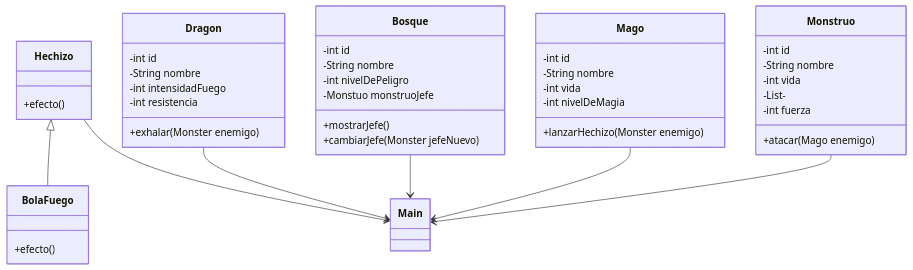
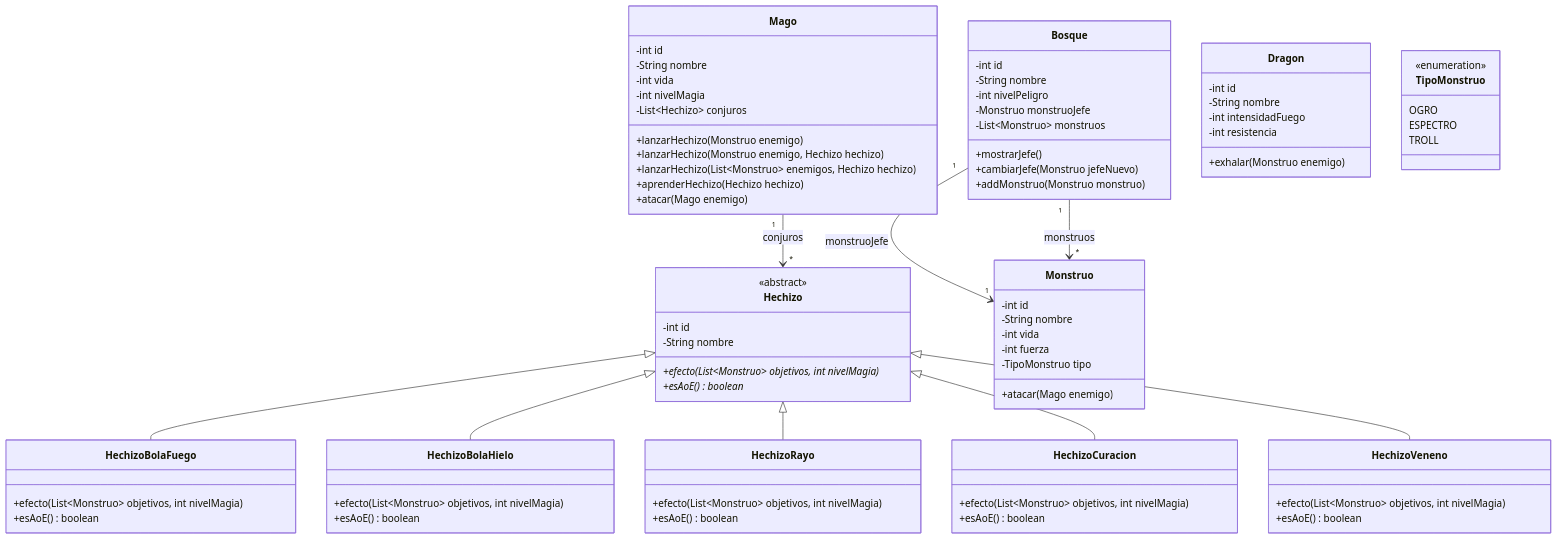
Before and after one commit to adriamPaz/drago: the first of 3 diagrams in readme.md, drawn with Mermaid. The commit also changed other lines of this file and 40 other files, not shown here.

````diff
--- a/readme.md
+++ b/readme.md
@@ -6,47 +6,84 @@
 ```mermaid
 classDiagram
-   Hechizo <|-- BolaFuego
-   Monstruo --> Main
-   Mago --> Main
-   Bosque --> Main 
-   Dragon --> Main
-   Hechizo --> Main
+   Hechizo <|-- HechizoBolaFuego
+   Hechizo <|-- HechizoBolaHielo
+   Hechizo <|-- HechizoRayo
+   Hechizo <|-- HechizoCuracion
+   Hechizo <|-- HechizoVeneno
+   
+   Mago "1" --> "*" Hechizo : conjuros
+   Bosque "1" --> "1" Monstruo : monstruoJefe
+   Bosque "1" --> "*" Monstruo : monstruos
    
     class Mago{
       -int id
       -String nombre
       -int vida
-      -int nivelDeMagia
-      +lanzarHechizo(Monster enemigo)
+      -int nivelMagia
+      -List~Hechizo~ conjuros
+      +lanzarHechizo(Monstruo enemigo)
+      +lanzarHechizo(Monstruo enemigo, Hechizo hechizo)
+      +lanzarHechizo(List~Monstruo~ enemigos, Hechizo hechizo)
+      +aprenderHechizo(Hechizo hechizo)
+      +atacar(Mago enemigo)
     }
     class Monstruo{
       -int id
       -String nombre
       -int vida
-      -List-
       -int fuerza
+      -TipoMonstruo tipo
       +atacar(Mago enemigo)
     }
     class Bosque{
       -int id
       -String nombre
-      -int nivelDePeligro
-      -Monstuo monstruoJefe
+      -int nivelPeligro
+      -Monstruo monstruoJefe
+      -List~Monstruo~ monstruos
       +mostrarJefe()
-      +cambiarJefe(Monster jefeNuevo)
+      +cambiarJefe(Monstruo jefeNuevo)
+      +addMonstruo(Monstruo monstruo)
     }
     class Dragon{
       -int id
       -String nombre
       -int intensidadFuego
       -int resistencia
-      +exhalar(Monster enemigo)
+      +exhalar(Monstruo enemigo)
     }
     class Hechizo{
-      +efecto()
+      <<abstract>>
+      -int id
+      -String nombre
+      +efecto(List~Monstruo~ objetivos, int nivelMagia)*
+      +esAoE()* boolean
     }
-    class BolaFuego{
-      +efecto()
+    class HechizoBolaFuego{
+      +efecto(List~Monstruo~ objetivos, int nivelMagia)
+      +esAoE() boolean
+    }
+    class HechizoBolaHielo{
+      +efecto(List~Monstruo~ objetivos, int nivelMagia)
+      +esAoE() boolean
+    }
+    class HechizoRayo{
+      +efecto(List~Monstruo~ objetivos, int nivelMagia)
+      +esAoE() boolean
+    }
+    class HechizoCuracion{
+      +efecto(List~Monstruo~ objetivos, int nivelMagia)
+      +esAoE() boolean
+    }
+    class HechizoVeneno{
+      +efecto(List~Monstruo~ objetivos, int nivelMagia)
+      +esAoE() boolean
+    }
+    class TipoMonstruo{
+      <<enumeration>>
+      OGRO
+      ESPECTRO
+      TROLL
     }
     
 ```
````
